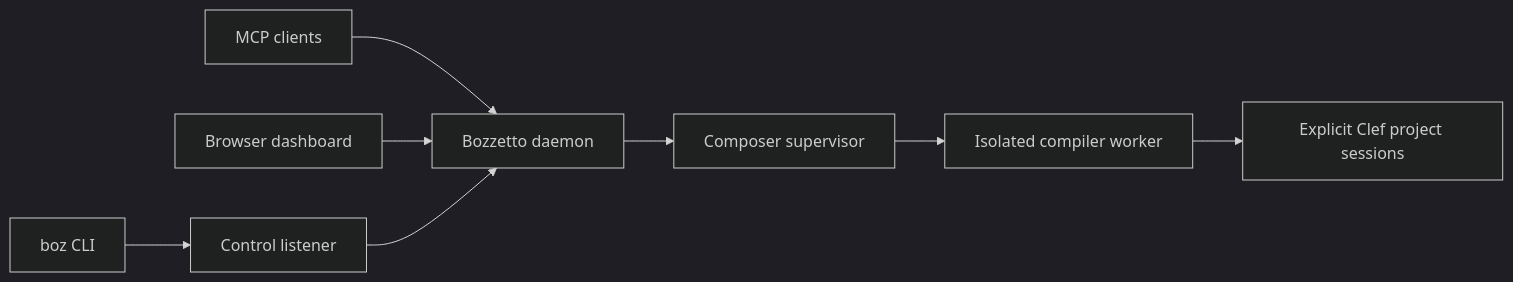
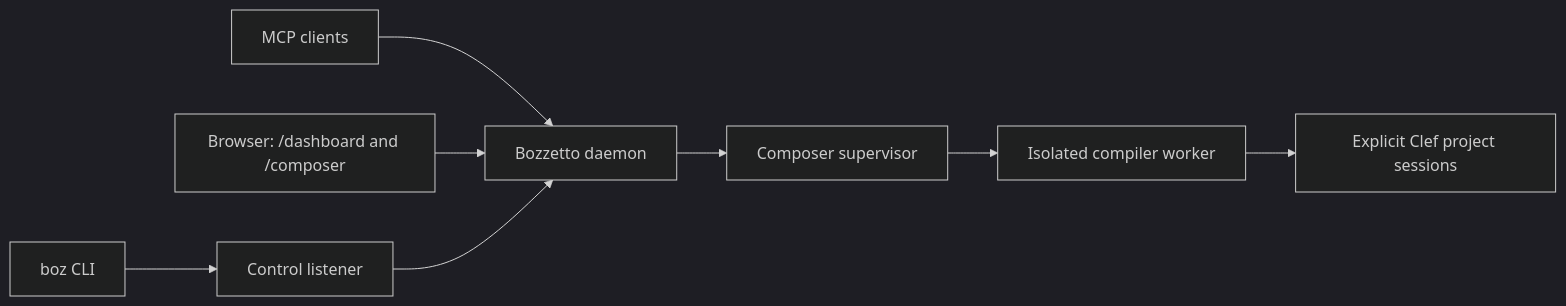
Before and after one commit to FidelityFramework/Bozzetto: the diagram in Readme.md, drawn with Mermaid (dark theme). The commit also changed other lines of this file, not shown here.

````diff
--- a/Readme.md
+++ b/Readme.md
@@ -24,10 +24,10 @@
 ```mermaid
 flowchart LR
   MCP[MCP clients] --> D[Bozzetto daemon]
-  Browser[Browser dashboard] --> D
+  Browser[Browser: /dashboard and /composer] --> D
   CLI[boz CLI] --> C[Control listener]
   C --> D
   D --> S[Composer supervisor]
   S --> W[Isolated compiler worker]
   W --> P[Explicit Clef project sessions]
 ```
````
